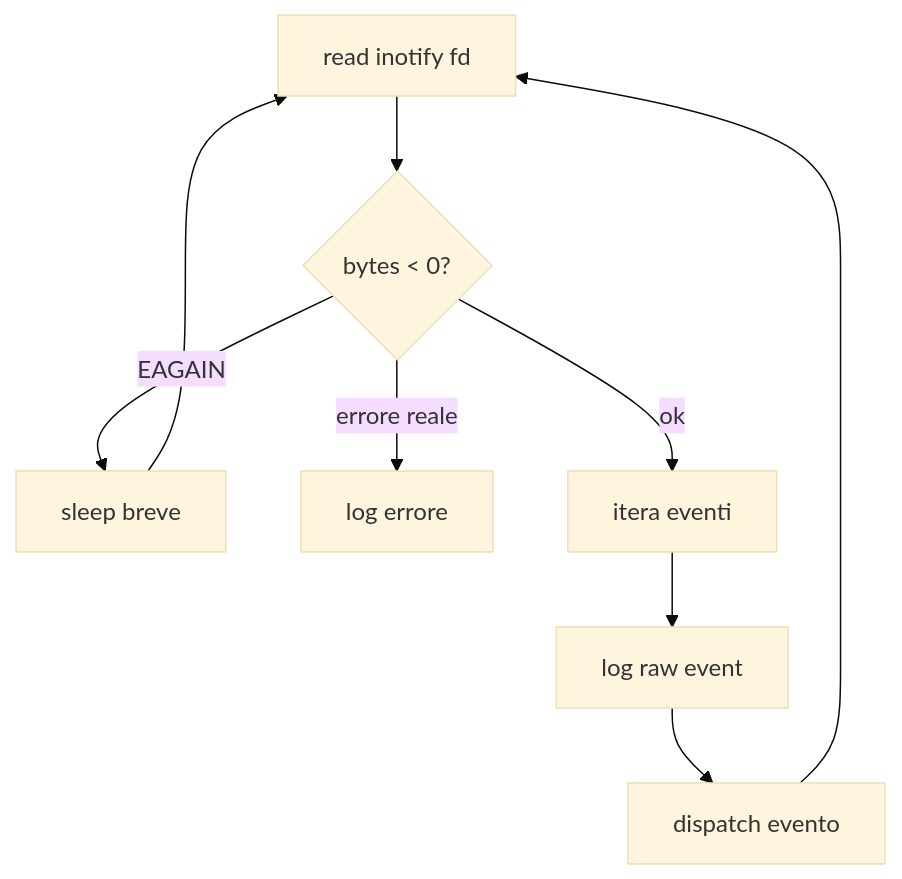
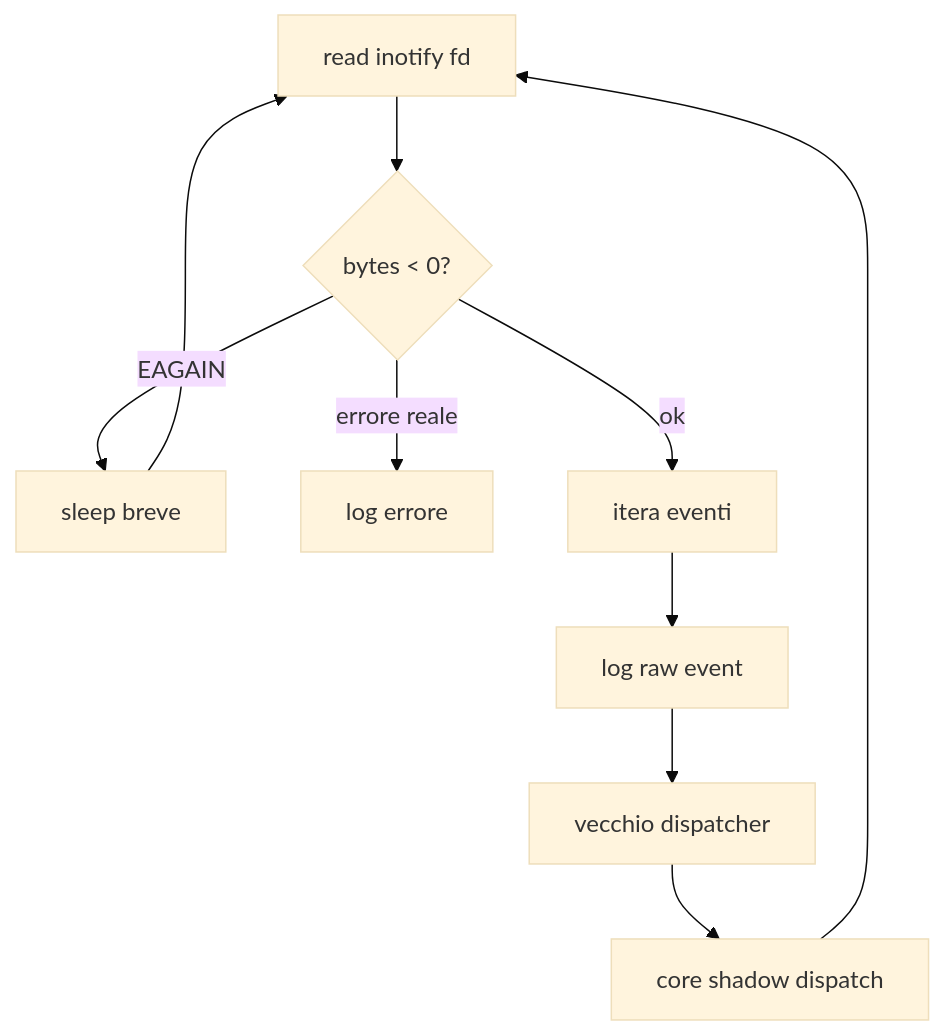
Before and after one commit to kinderp/alfred: the second of 2 diagrams in docs/it/04-livello-applicazione.md, drawn with Mermaid (base theme). The commit also changed other lines of this file and 5 other files, not shown here.

First line of the commit message:
Run core in shadow mode

````diff
--- a/docs/it/04-livello-applicazione.md
+++ b/docs/it/04-livello-applicazione.md
@@ -125,11 +137,12 @@
 ```mermaid
 flowchart TD
     A[read inotify fd] --> B{bytes < 0?}
     B -->|EAGAIN| C[sleep breve]
     C --> A
     B -->|errore reale| D[log errore]
     B -->|ok| E[itera eventi]
     E --> F[log raw event]
-    F --> G[dispatch evento]
-    G --> A
+    F --> G[vecchio dispatcher]
+    G --> H[core shadow dispatch]
+    H --> A
 ```
````
